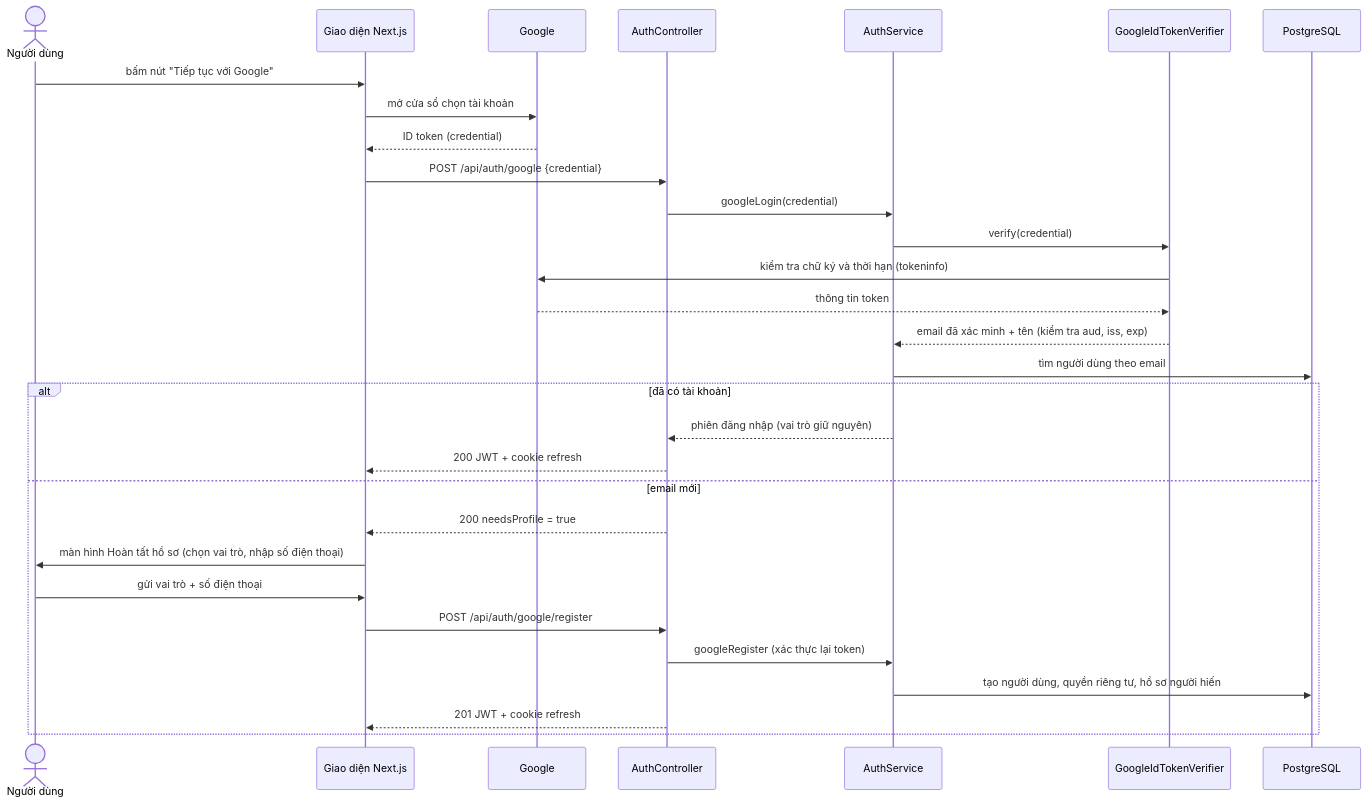
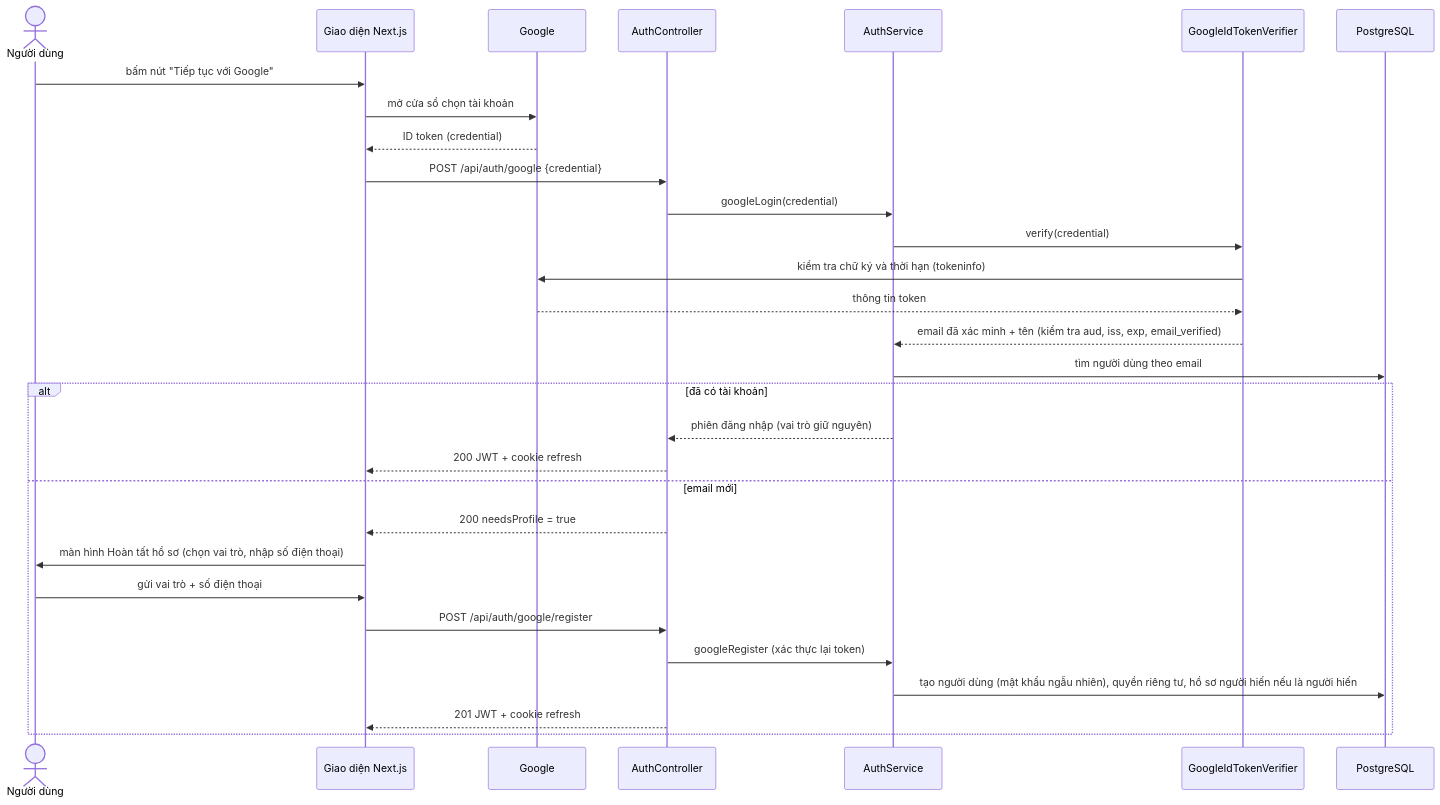
One commit to nhungoc260/lifely_demo changed diagram 18 of 18 in docs/ARCHITECTURE.md. Above: the diagram before and after it, drawn with Mermaid. The commit also changed other lines of this file and 14 other files, not shown here.

````diff
--- a/docs/ARCHITECTURE.md
+++ b/docs/ARCHITECTURE.md
@@ -228,32 +809,32 @@
 ```mermaid
 sequenceDiagram
   actor U as Người dùng
   participant FE as Giao diện Next.js
   participant G as Google
   participant API as AuthController
   participant AS as AuthService
   participant V as GoogleIdTokenVerifier
   participant DB as PostgreSQL
   U->>FE: bấm nút "Tiếp tục với Google"
   FE->>G: mở cửa sổ chọn tài khoản
   G-->>FE: ID token (credential)
   FE->>API: POST /api/auth/google {credential}
   API->>AS: googleLogin(credential)
   AS->>V: verify(credential)
   V->>G: kiểm tra chữ ký và thời hạn (tokeninfo)
   G-->>V: thông tin token
-  V-->>AS: email đã xác minh + tên (kiểm tra aud, iss, exp)
+  V-->>AS: email đã xác minh + tên (kiểm tra aud, iss, exp, email_verified)
   AS->>DB: tìm người dùng theo email
   alt đã có tài khoản
     AS-->>API: phiên đăng nhập (vai trò giữ nguyên)
     API-->>FE: 200 JWT + cookie refresh
   else email mới
     API-->>FE: 200 needsProfile = true
     FE->>U: màn hình Hoàn tất hồ sơ (chọn vai trò, nhập số điện thoại)
     U->>FE: gửi vai trò + số điện thoại
     FE->>API: POST /api/auth/google/register
     API->>AS: googleRegister (xác thực lại token)
-    AS->>DB: tạo người dùng, quyền riêng tư, hồ sơ người hiến
+    AS->>DB: tạo người dùng (mật khẩu ngẫu nhiên), quyền riêng tư, hồ sơ người hiến nếu là người hiến
     API-->>FE: 201 JWT + cookie refresh
   end
 ```
````
